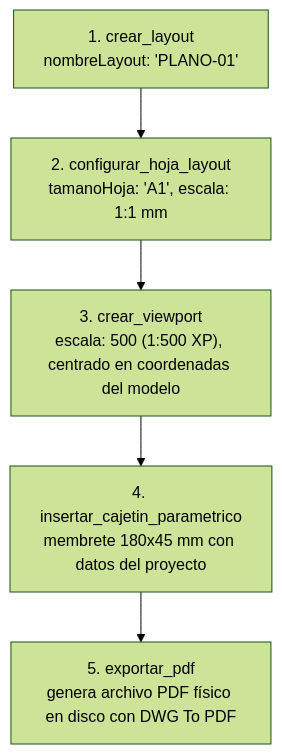
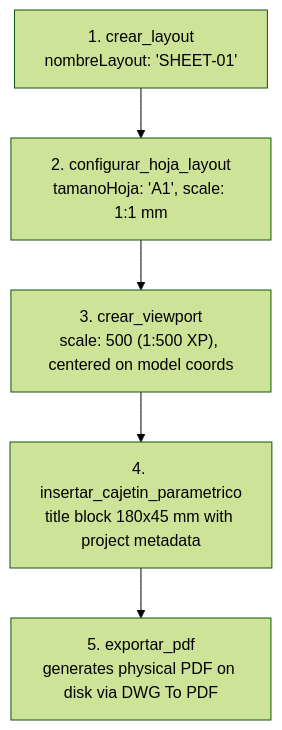
The second of 4 diagrams in docs/TOOLS_CHEAT_SHEET.md (LuiccianDev/autocad-mcp), drawn with Mermaid (forest theme) before and after one commit. The commit also changed other lines of this file and 20 other files, not shown here.

````diff
--- a/docs/TOOLS_CHEAT_SHEET.md
+++ b/docs/TOOLS_CHEAT_SHEET.md
@@ -74,7 +74,7 @@
 ```mermaid
 flowchart TD
-    A["1. crear_layout\nnombreLayout: 'PLANO-01'"] --> B["2. configurar_hoja_layout\ntamanoHoja: 'A1', escala: 1:1 mm"]
-    B --> C["3. crear_viewport\nescala: 500 (1:500 XP), centrado en coordenadas del modelo"]
-    C --> D["4. insertar_cajetin_parametrico\nmembrete 180x45 mm con datos del proyecto"]
-    D --> E["5. exportar_pdf\ngenera archivo PDF físico en disco con DWG To PDF"]
+    A["1. crear_layout\nnombreLayout: 'SHEET-01'"] --> B["2. configurar_hoja_layout\ntamanoHoja: 'A1', scale: 1:1 mm"]
+    B --> C["3. crear_viewport\nscale: 500 (1:500 XP), centered on model coords"]
+    C --> D["4. insertar_cajetin_parametrico\ntitle block 180x45 mm with project metadata"]
+    D --> E["5. exportar_pdf\ngenerates physical PDF on disk via DWG To PDF"]
 ```
````
